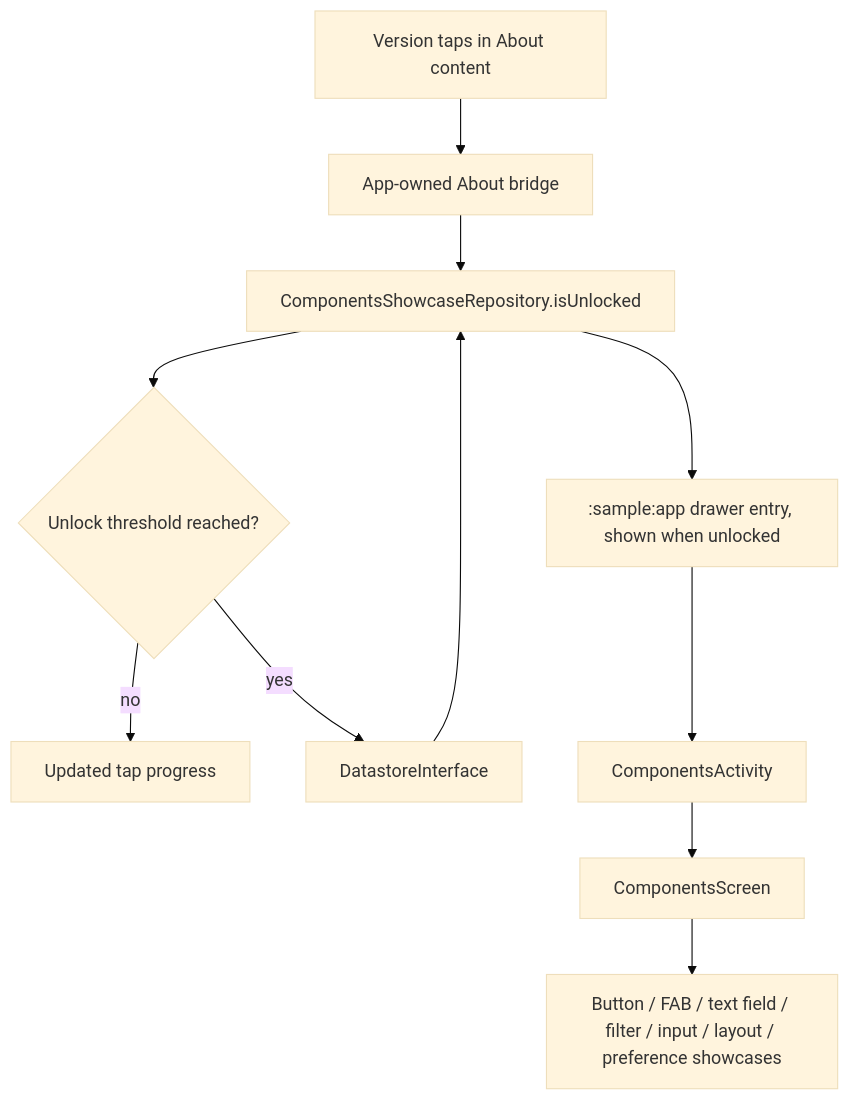
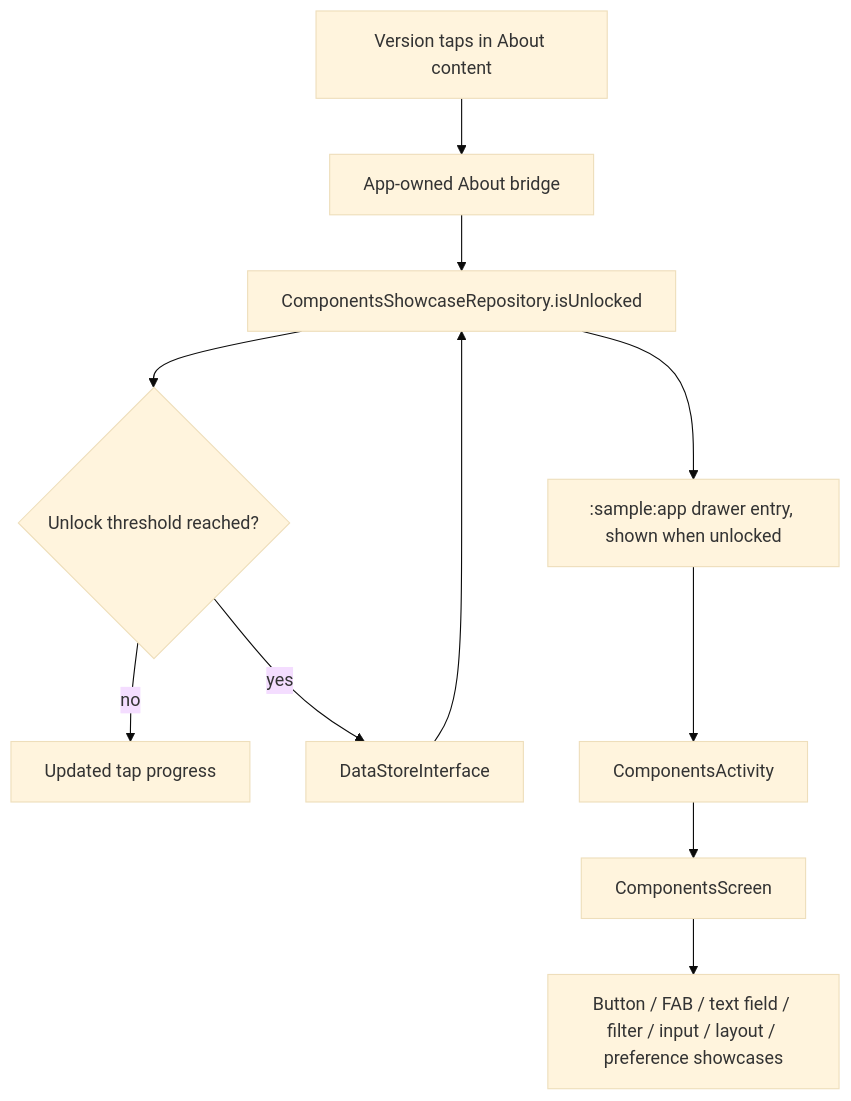
One commit to MihaiCristianCondrea/App-Toolkit-for-Android changed the diagram in sample/feature/components/README.md. Above: the diagram before and after it, drawn with Mermaid (base theme). The commit also changed 23 other files, not shown here.

````diff
--- a/sample/feature/components/README.md
+++ b/sample/feature/components/README.md
@@ -35,13 +35,13 @@
 ```mermaid
 flowchart TD
     About[Version taps in About content] --> Bridge[App-owned About bridge]
     Bridge --> Repo[ComponentsShowcaseRepository]
     Repo --> Counter{Unlock threshold reached?}
     Counter -->|no| State[Updated tap progress]
-    Counter -->|yes| Store[DatastoreInterface]
+    Counter -->|yes| Store[DataStoreInterface]
     Store --> Repo[ComponentsShowcaseRepository.isUnlocked]
     Repo --> Drawer[":sample:app" drawer entry, shown when unlocked]
     Drawer --> Activity[ComponentsActivity]
     Activity --> Screen[ComponentsScreen]
     Screen --> Sections[Button / FAB / text field / filter / input / layout / preference showcases]
 ```
````
